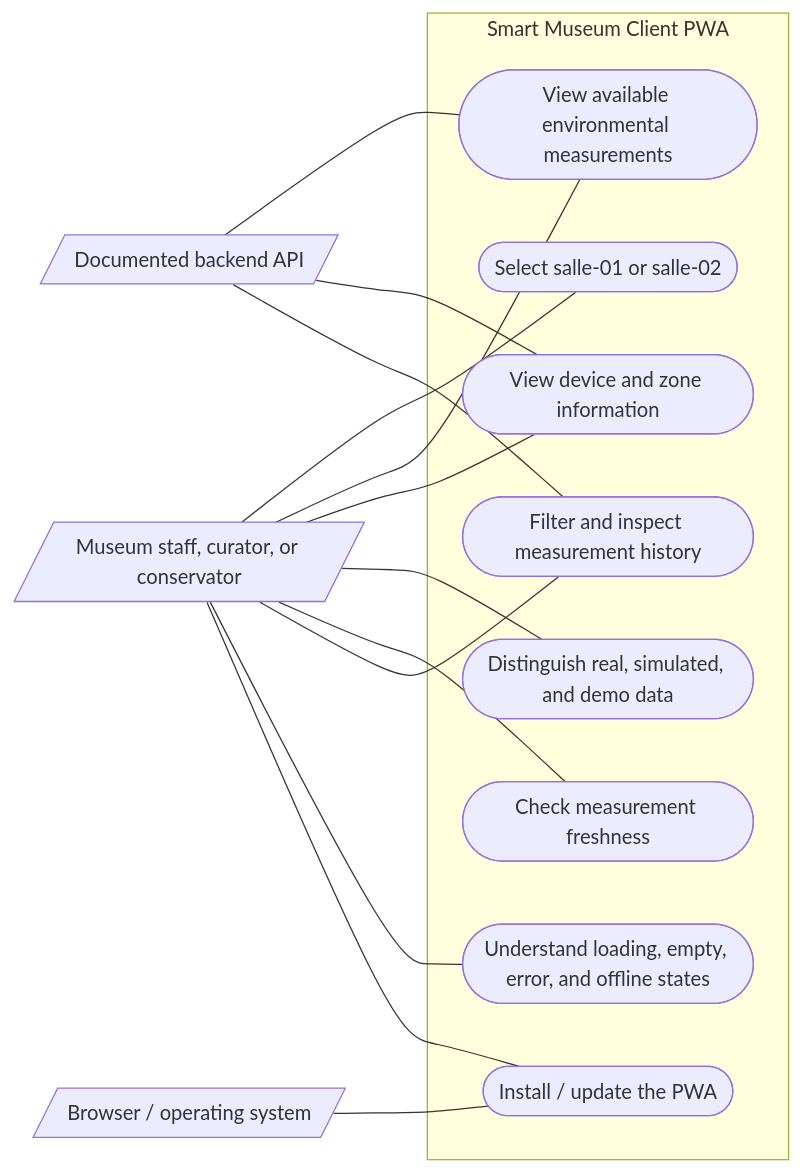
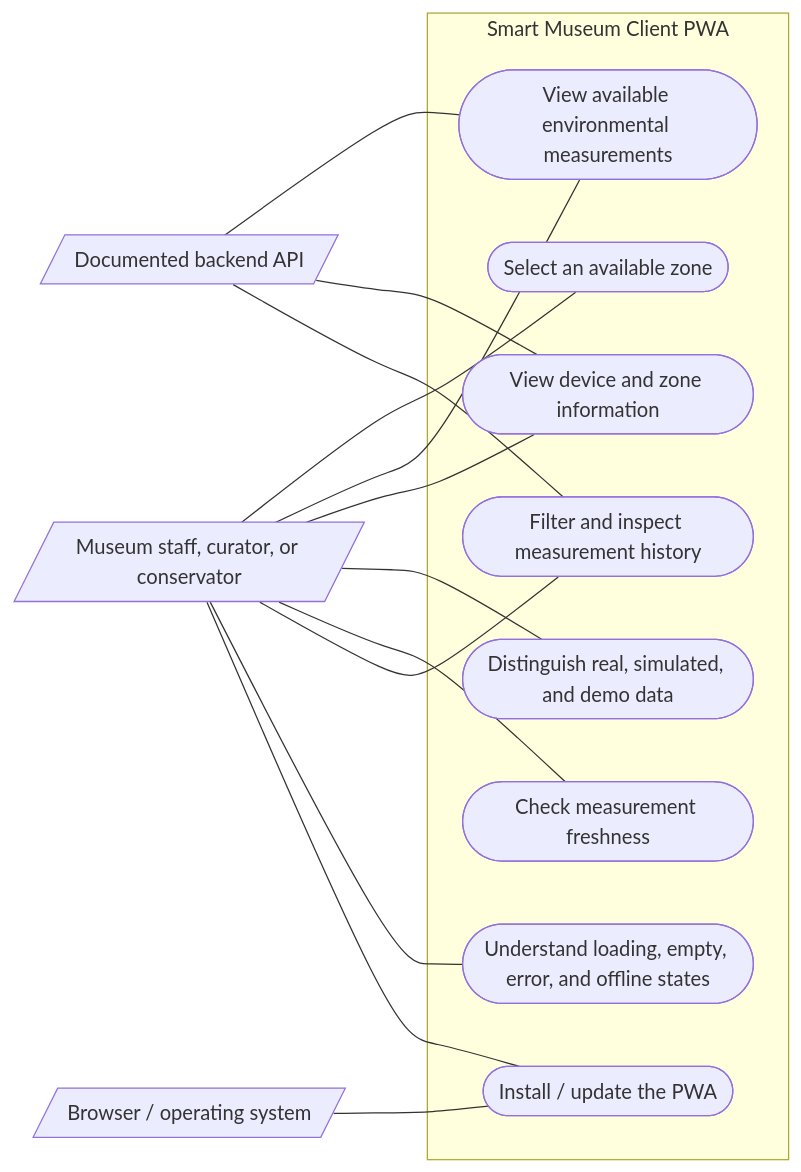
Before and after one commit to sourourjaouadi/SMART-MUSEUM: the diagram in DOCS/diagrams/pwa-use-cases.mmd, drawn with Mermaid. The commit also changed 11 other files, not shown here.

```diff
--- a/DOCS/diagrams/pwa-use-cases.mmd
+++ b/DOCS/diagrams/pwa-use-cases.mmd
@@ -1,28 +1,28 @@
 flowchart LR
     staff[/"Museum staff, curator, or conservator"/]
     browser[/"Browser / operating system"/]
     api[/"Documented backend API"/]
 
     subgraph client["Smart Museum Client PWA"]
-        zone(["Select salle-01 or salle-02"])
+        zone(["Select an available zone"])
         latest(["View available environmental measurements"])
         device(["View device and zone information"])
         source(["Distinguish real, simulated, and demo data"])
         freshness(["Check measurement freshness"])
         history(["Filter and inspect measurement history"])
         state(["Understand loading, empty, error, and offline states"])
         install(["Install / update the PWA"])
     end
 
     staff --- zone
     staff --- latest
     staff --- device
     staff --- source
     staff --- freshness
     staff --- history
     staff --- state
     staff --- install
     browser --- install
     api --- latest
     api --- device
     api --- history
```
